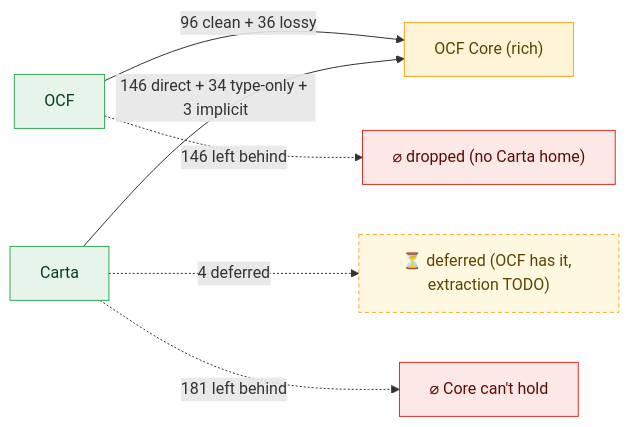
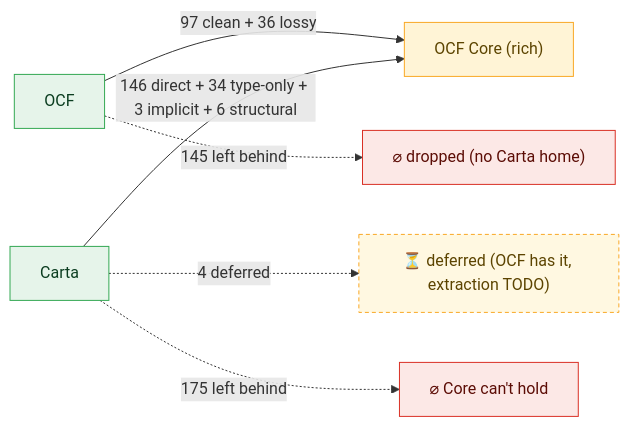
The first of 47 diagrams in docs/core-bidirectional-flow.md (Open-Cap-Table-Coalition/OCF-Composed-Schemas), drawn with Mermaid before and after one commit. The commit also changed other lines of this file and 18 other files, not shown here.

````diff
--- a/docs/core-bidirectional-flow.md
+++ b/docs/core-bidirectional-flow.md
@@ -11,13 +11,13 @@
 ```mermaid
 flowchart LR
   classDef core fill:#fff4d6,stroke:#f9a825,color:#5c4400;
   classDef in fill:#e6f4ea,stroke:#34a853,color:#0b3d20;
   classDef out fill:#fce8e6,stroke:#d93025,color:#5c0d06;
   classDef defer fill:#fff8e1,stroke:#f9a825,color:#5c4400,stroke-dasharray:4 3;
-  OCF["OCF"]:::in -->|"96 clean + 36 lossy"| CORE
-  OCF -.->|"146 left behind"| ocfvoid["⌀ dropped (no Carta home)"]:::out
+  OCF["OCF"]:::in -->|"97 clean + 36 lossy"| CORE
+  OCF -.->|"145 left behind"| ocfvoid["⌀ dropped (no Carta home)"]:::out
   CORE["OCF Core (rich)"]:::core
-  Carta["Carta"]:::in -->|"146 direct + 34 type-only + 3 implicit"| CORE
+  Carta["Carta"]:::in -->|"146 direct + 34 type-only + 3 implicit + 6 structural"| CORE
   Carta -.->|"4 deferred"| deferbox["⏳ deferred (OCF has it, extraction TODO)"]:::defer
-  Carta -.->|"181 left behind"| cartavoid["⌀ Core can't hold"]:::out
+  Carta -.->|"175 left behind"| cartavoid["⌀ Core can't hold"]:::out
 ```
````
